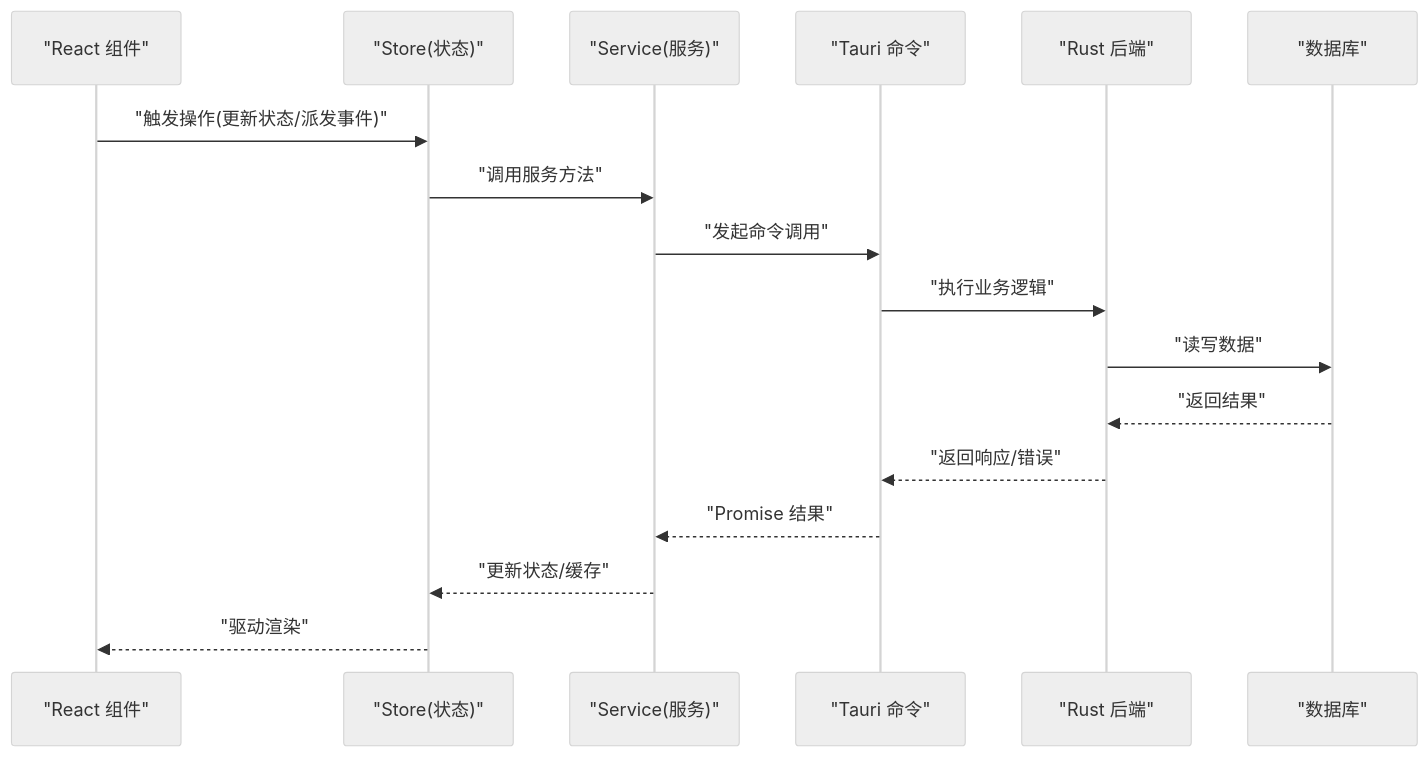
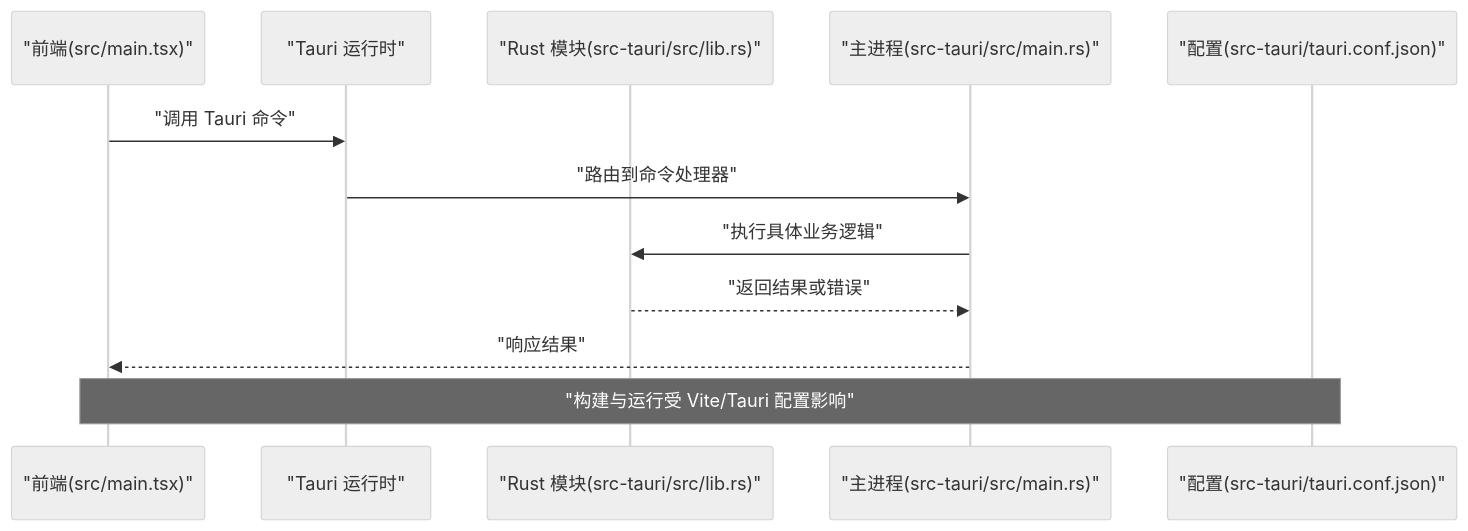
One commit to gzdxhujiale/FishWorker changed the second of 3 diagrams in .qoder/repowiki/zh/content/开发指南/代码规范.md. Above: the diagram before and after it, drawn with Mermaid (neutral theme). The commit also changed other lines of this file and 238 other files, not shown here.

````diff
--- a/.qoder/repowiki/zh/content/开发指南/代码规范.md
+++ b/.qoder/repowiki/zh/content/开发指南/代码规范.md
@@ -133,19 +110,14 @@
 ```mermaid
 sequenceDiagram
-participant UI as "React 组件"
-participant Store as "Store(状态)"
-participant Service as "Service(服务)"
-participant Tauri as "Tauri 命令"
-participant Rust as "Rust 后端"
-participant DB as "数据库"
-UI->>Store : "触发操作(更新状态/派发事件)"
-Store->>Service : "调用服务方法"
-Service->>Tauri : "发起命令调用"
-Tauri->>Rust : "执行业务逻辑"
-Rust->>DB : "读写数据"
-DB-->>Rust : "返回结果"
-Rust-->>Tauri : "返回响应/错误"
-Tauri-->>Service : "Promise 结果"
-Service-->>Store : "更新状态/缓存"
-Store-->>UI : "驱动渲染"
+participant FE as "前端(src/main.tsx)"
+participant Tauri as "Tauri 运行时"
+participant Lib as "Rust 模块(src-tauri/src/lib.rs)"
+participant Main as "主进程(src-tauri/src/main.rs)"
+participant Conf as "配置(src-tauri/tauri.conf.json)"
+FE->>Tauri : "调用 Tauri 命令"
+Tauri->>Main : "路由到命令处理器"
+Main->>Lib : "执行具体业务逻辑"
+Lib-->>Main : "返回结果或错误"
+Main-->>FE : "响应结果"
+Note over FE,Conf : "构建与运行受 Vite/Tauri 配置影响"
 ```
````
